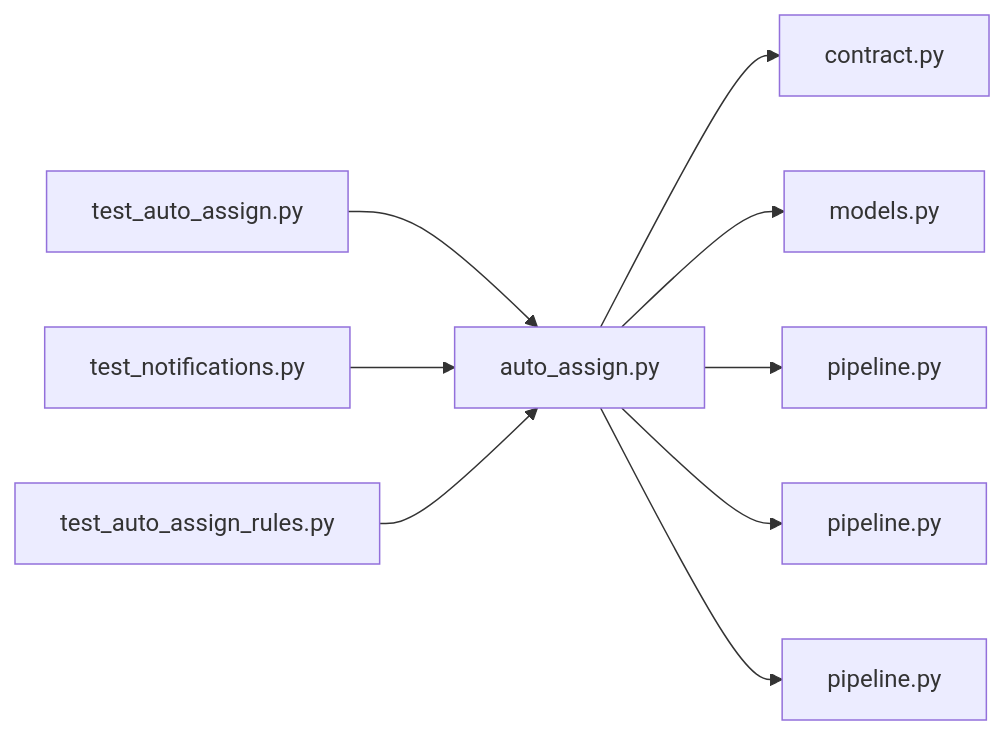
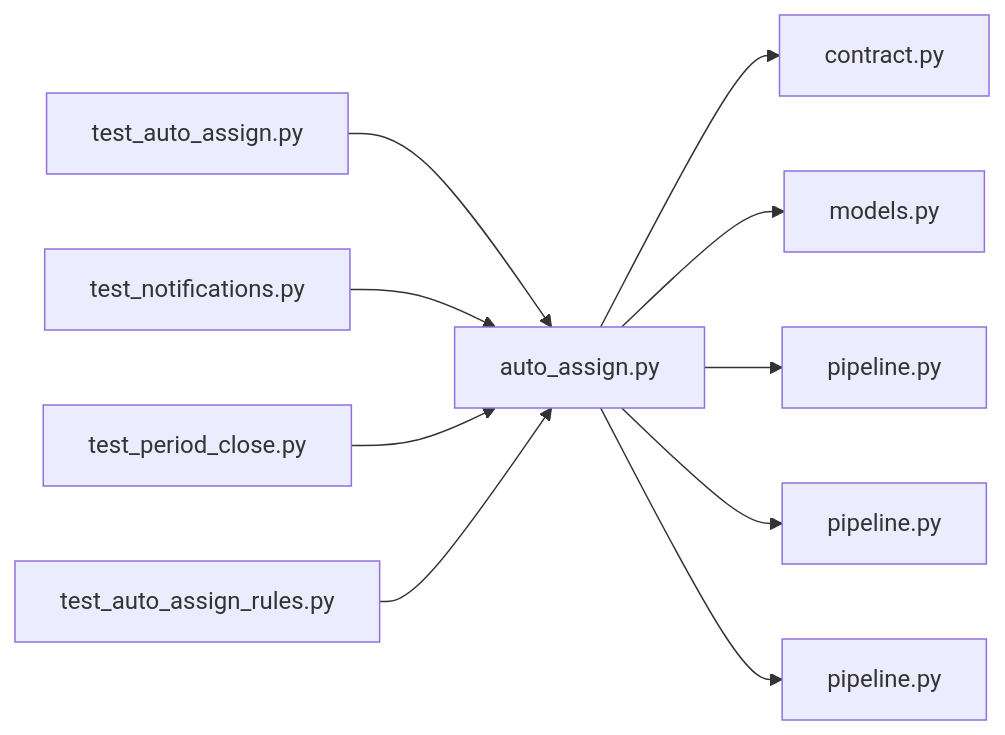
One commit to minkong-dev/Banblit changed the diagram in .cluedoc/graph/backend/src/backend/jobs/auto_assign.md. Above: the diagram before and after it, drawn with Mermaid. The commit also changed other lines of this file and 35 other files, not shown here.

Commit message:
backend: close a focused period at its closing time and allow unfixing with a reason

````diff
--- a/.cluedoc/graph/backend/src/backend/jobs/auto_assign.md
+++ b/.cluedoc/graph/backend/src/backend/jobs/auto_assign.md
@@ -10,12 +10,13 @@
 ```mermaid
 flowchart LR
   backend_src_backend_jobs_auto_assign["auto_assign.py"]
   backend_src_backend_jobs_auto_assign --> backend_src_backend_contract["contract.py"]
   backend_src_backend_jobs_auto_assign --> backend_src_backend_db_models["models.py"]
   backend_src_backend_jobs_auto_assign --> backend_src_backend_db_pipeline["pipeline.py"]
   backend_src_backend_jobs_auto_assign --> backend_src_backend_services_board_pipeline["pipeline.py"]
   backend_src_backend_jobs_auto_assign --> backend_src_backend_services_period_pipeline["pipeline.py"]
   backend_tests_integration_db_test_auto_assign["test_auto_assign.py"] --> backend_src_backend_jobs_auto_assign
   backend_tests_integration_db_test_notifications["test_notifications.py"] --> backend_src_backend_jobs_auto_assign
+  backend_tests_integration_db_test_period_close["test_period_close.py"] --> backend_src_backend_jobs_auto_assign
   backend_tests_unit_test_auto_assign_rules["test_auto_assign_rules.py"] --> backend_src_backend_jobs_auto_assign
 ```
````
